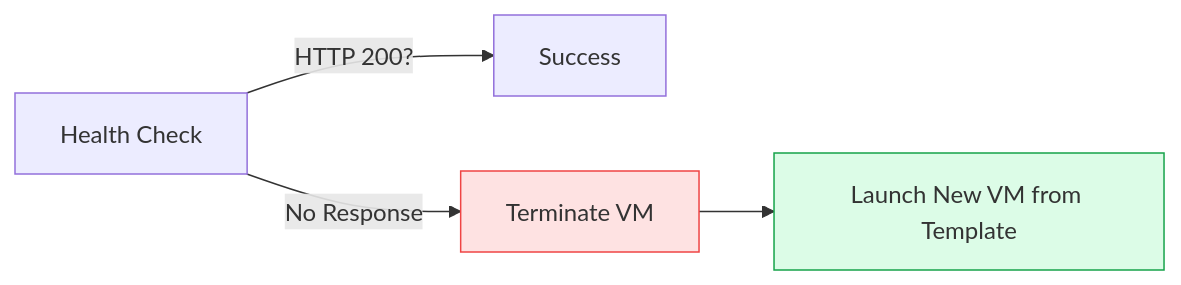
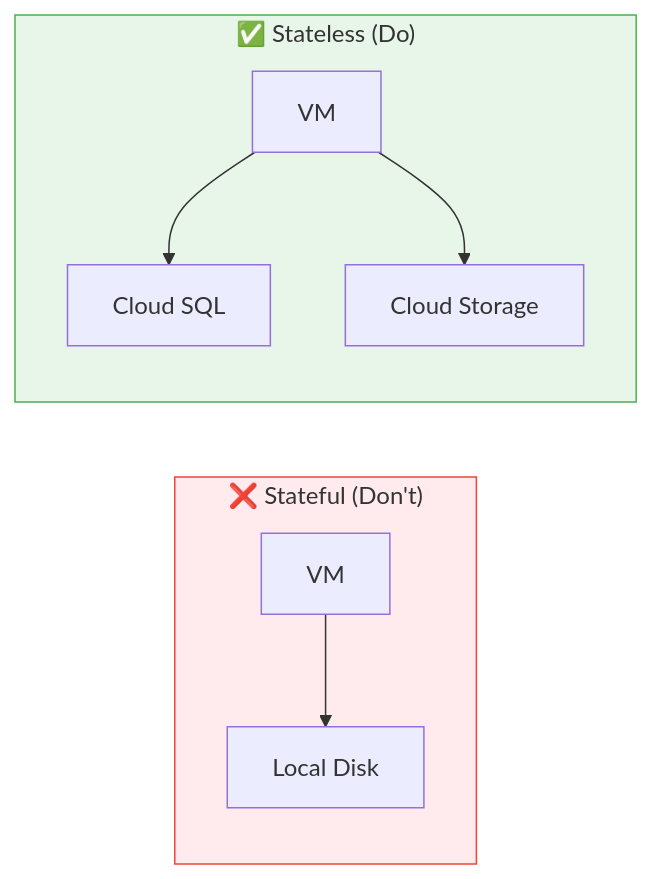
Before and after one commit to jyothivempa/gcp-study-plan: the second of 4 diagrams in curriculum/content/section_8_instance_groups.md, drawn with Mermaid. The commit also changed other lines of this file and 84 other files, not shown here.

````diff
--- a/curriculum/content/section_8_instance_groups.md
+++ b/curriculum/content/section_8_instance_groups.md
@@ -61,9 +94,14 @@
 ```mermaid
-graph LR
-    Check[Health Check] -- "HTTP 200?" --> OK[Success]
-    Check -- "No Response" --> Kill[Terminate VM]
-    Kill --> Recreate[Launch New VM from Template]
+flowchart LR
+    subgraph Wrong["❌ Stateful (Don't)"]
+        VM1[VM] --> DISK[Local Disk]
+    end
     
-    style Kill fill:#fee2e2,stroke:#ef4444
-    style Recreate fill:#dcfce7,stroke:#16a34a
+    subgraph Right["✅ Stateless (Do)"]
+        VM2[VM] --> SQL[Cloud SQL]
+        VM2 --> GCS[Cloud Storage]
+    end
+    
+    style Wrong fill:#ffebee,stroke:#f44336
+    style Right fill:#e8f5e9,stroke:#4caf50
 ```
````
